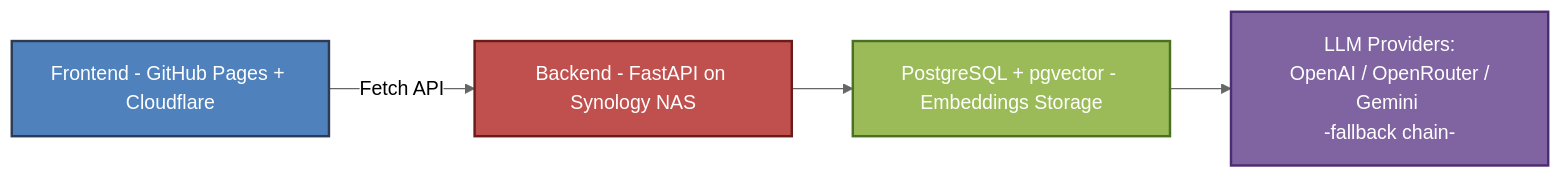
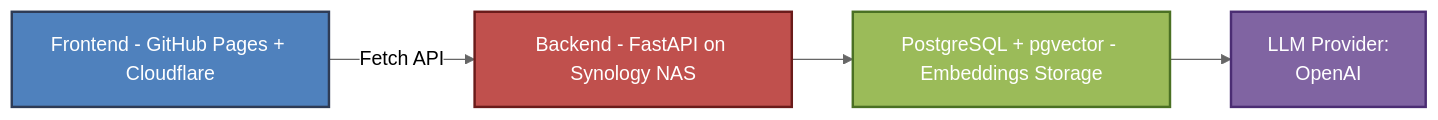
One commit to jorgechavarriaga/ai-csv-agent changed the diagram in README.md. Above: the diagram before and after it, drawn with Mermaid (neutral theme). The commit also changed other lines of this file and 9 other files, not shown here.

````diff
--- a/README.md
+++ b/README.md
@@ -269,12 +276,12 @@
 ```mermaid
 flowchart LR
     A[Frontend - GitHub Pages + Cloudflare] -->|Fetch API| B[Backend - FastAPI on Synology NAS]
     B --> C[PostgreSQL + pgvector - Embeddings Storage]
-    C --> D[LLM Providers:<br/> OpenAI / OpenRouter / Gemini <br/>-fallback chain-]
+    C --> D[LLM Provider:<br/> OpenAI]
 
     %% 🎨 Styling
     style A fill:#4F81BD,stroke:#2E3B55,stroke-width:2px,color:white
     style B fill:#C0504D,stroke:#6A1B1A,stroke-width:2px,color:white
     style C fill:#9BBB59,stroke:#4A7023,stroke-width:2px,color:white
     style D fill:#8064A2,stroke:#4B2D73,stroke-width:2px,color:white
 ```
````
